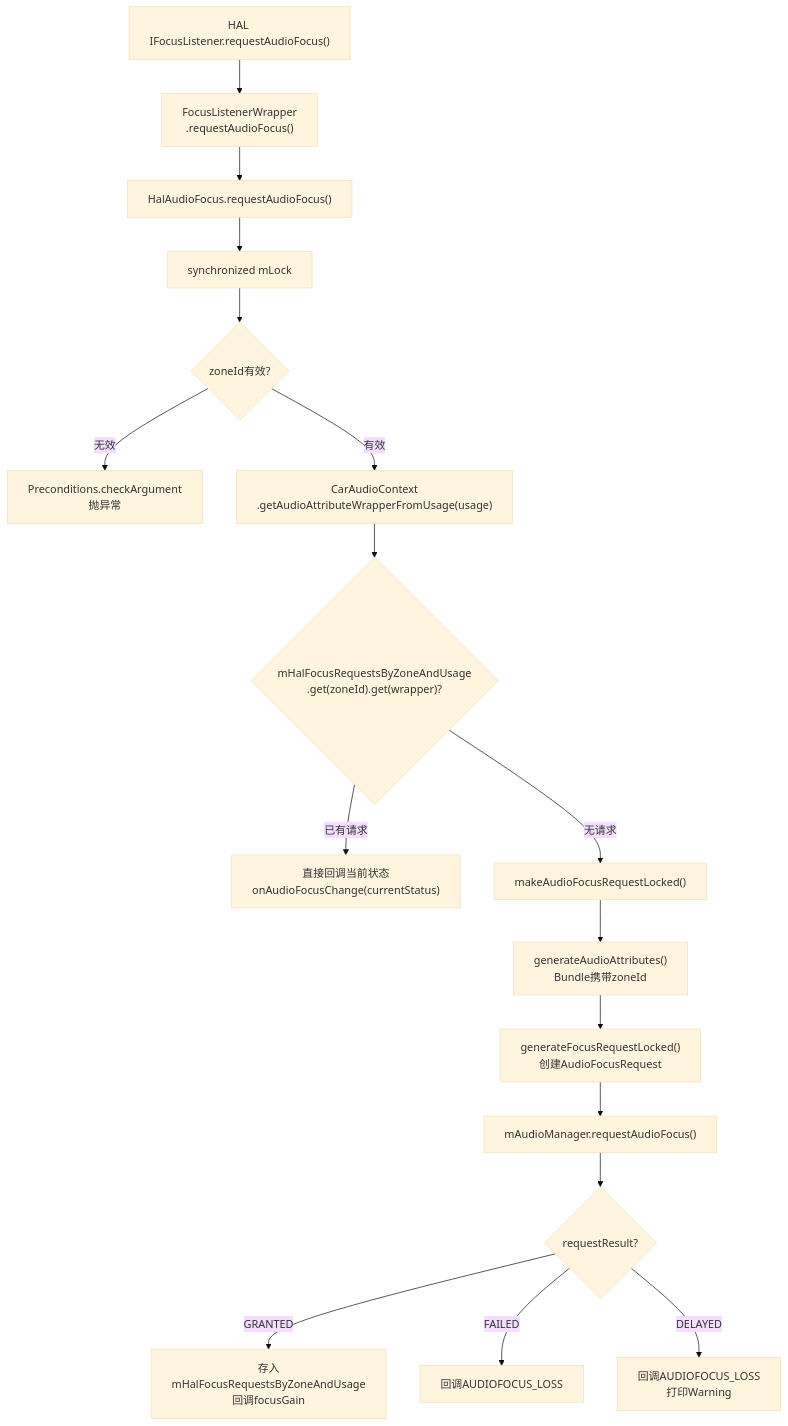
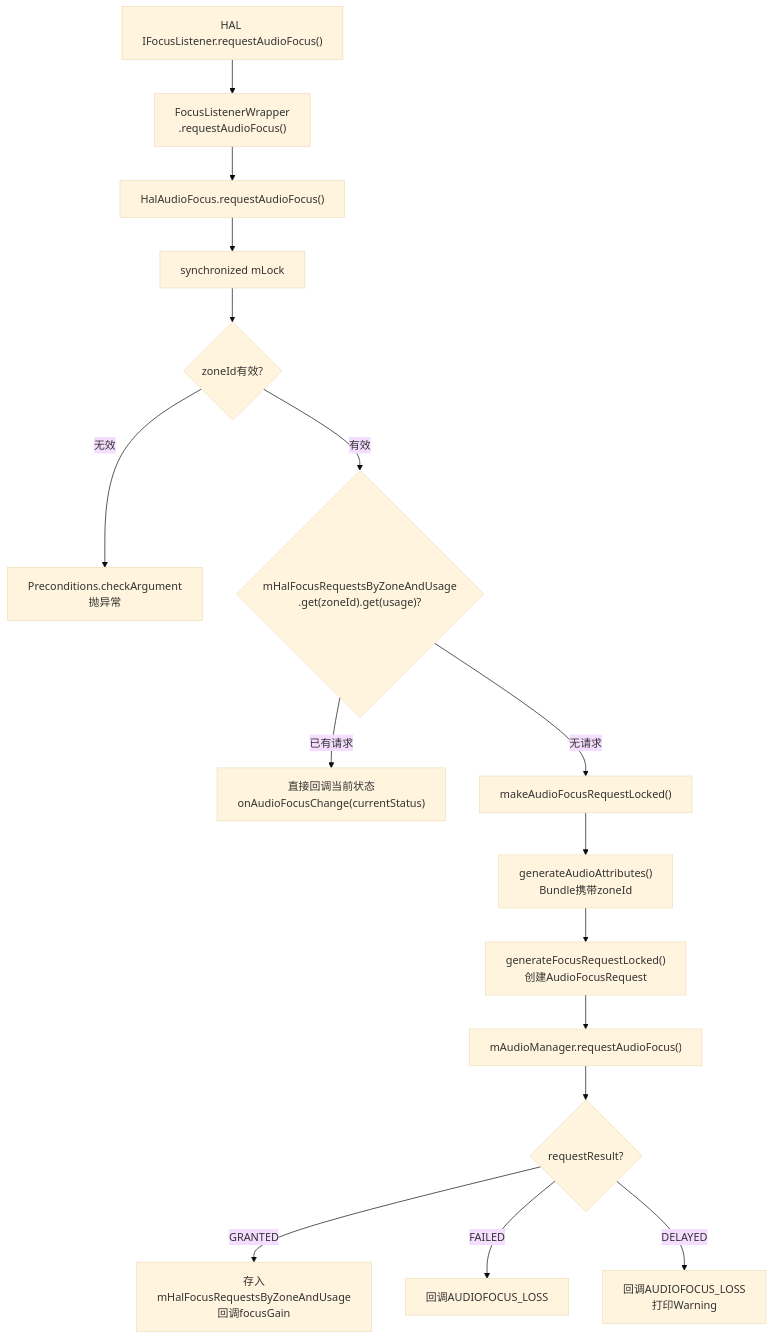
The second of 5 diagrams in 10_AudioControl_HAL/10_10.3_焦点回调流程.md (yanglinzhen1022/SA8295_AAOS_QNX_Audio_KnowledgeBase), drawn with Mermaid (base theme) before and after one commit. The commit also changed other lines of this file and 16 other files, not shown here.

````diff
--- a/10_AudioControl_HAL/10_10.3_焦点回调流程.md
+++ b/10_AudioControl_HAL/10_10.3_焦点回调流程.md
@@ -66,19 +66,18 @@
 ```mermaid
 flowchart TB
     HAL_REQ["HAL IFocusListener.requestAudioFocus()"] --> FLW["FocusListenerWrapper<br>.requestAudioFocus()"]
     FLW --> HAF["HalAudioFocus.requestAudioFocus()"]
     HAF --> LOCK["synchronized mLock"]
     LOCK --> ZONECHK{"zoneId有效?"}
     ZONECHK -->|"无效"| THROW["Preconditions.checkArgument<br>抛异常"]
-    ZONECHK -->|"有效"| AAW["CarAudioContext<br>.getAudioAttributeWrapperFromUsage(usage)"]
-    AAW --> DUPCHK{"mHalFocusRequestsByZoneAndUsage<br>.get(zoneId).get(wrapper)?"}
+    ZONECHK -->|"有效"| DUPCHK{"mHalFocusRequestsByZoneAndUsage<br>.get(zoneId).get(usage)?"}
     DUPCHK -->|"已有请求"| EXISTING["直接回调当前状态<br>onAudioFocusChange(currentStatus)"]
     DUPCHK -->|"无请求"| MAKEREQ["makeAudioFocusRequestLocked()"]
     MAKEREQ --> GENATTR["generateAudioAttributes()<br>Bundle携带zoneId"]
     GENATTR --> GENFOCUS["generateFocusRequestLocked()<br>创建AudioFocusRequest"]
     GENFOCUS --> REQAF["mAudioManager.requestAudioFocus()"]
     REQAF --> REQRESULT{"requestResult?"}
     REQRESULT -->|"GRANTED"| STORE["存入mHalFocusRequestsByZoneAndUsage<br>回调focusGain"]
     REQRESULT -->|"FAILED"| CBLOSS["回调AUDIOFOCUS_LOSS"]
     REQRESULT -->|"DELAYED"| CBLOSS2["回调AUDIOFOCUS_LOSS<br>打印Warning"]
 ```
````
